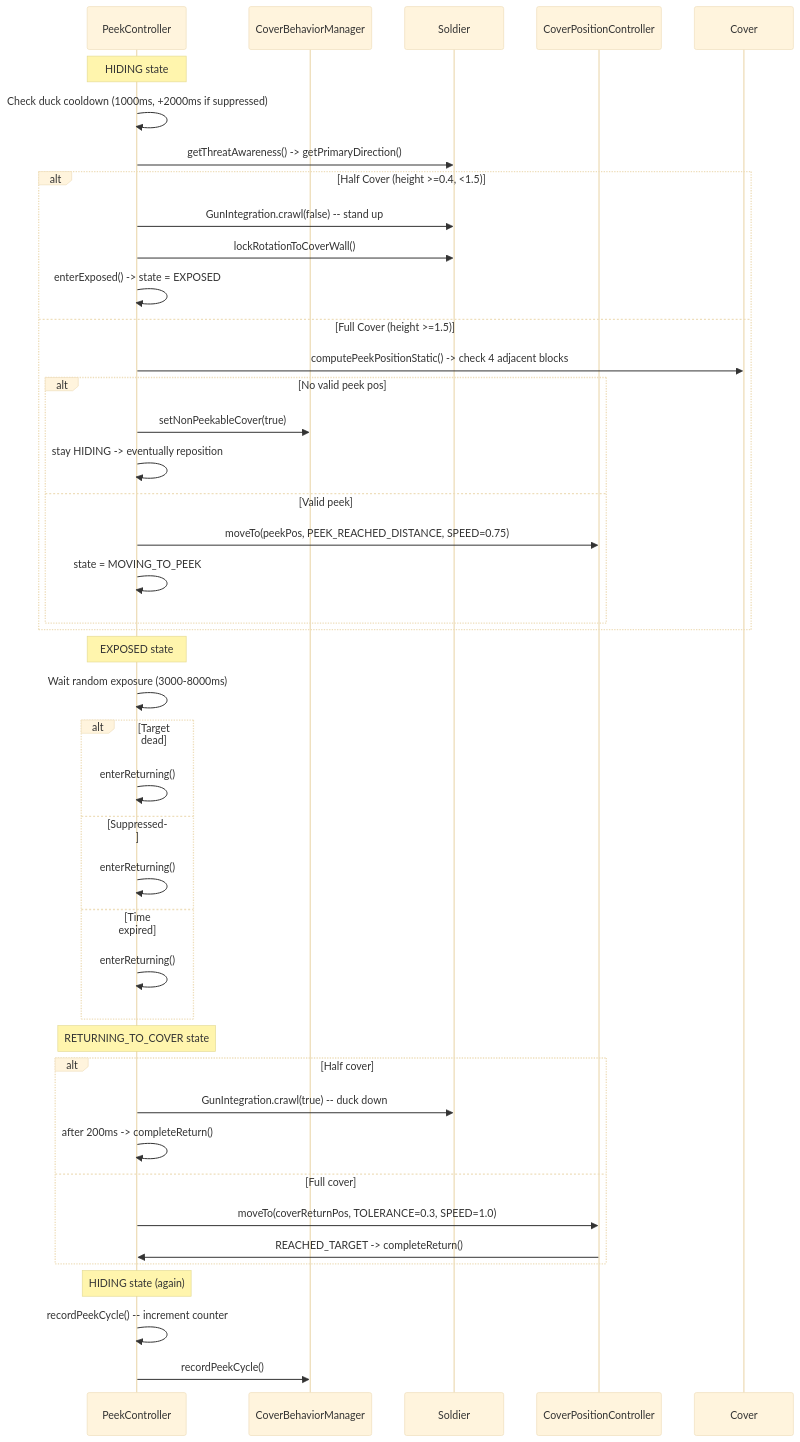
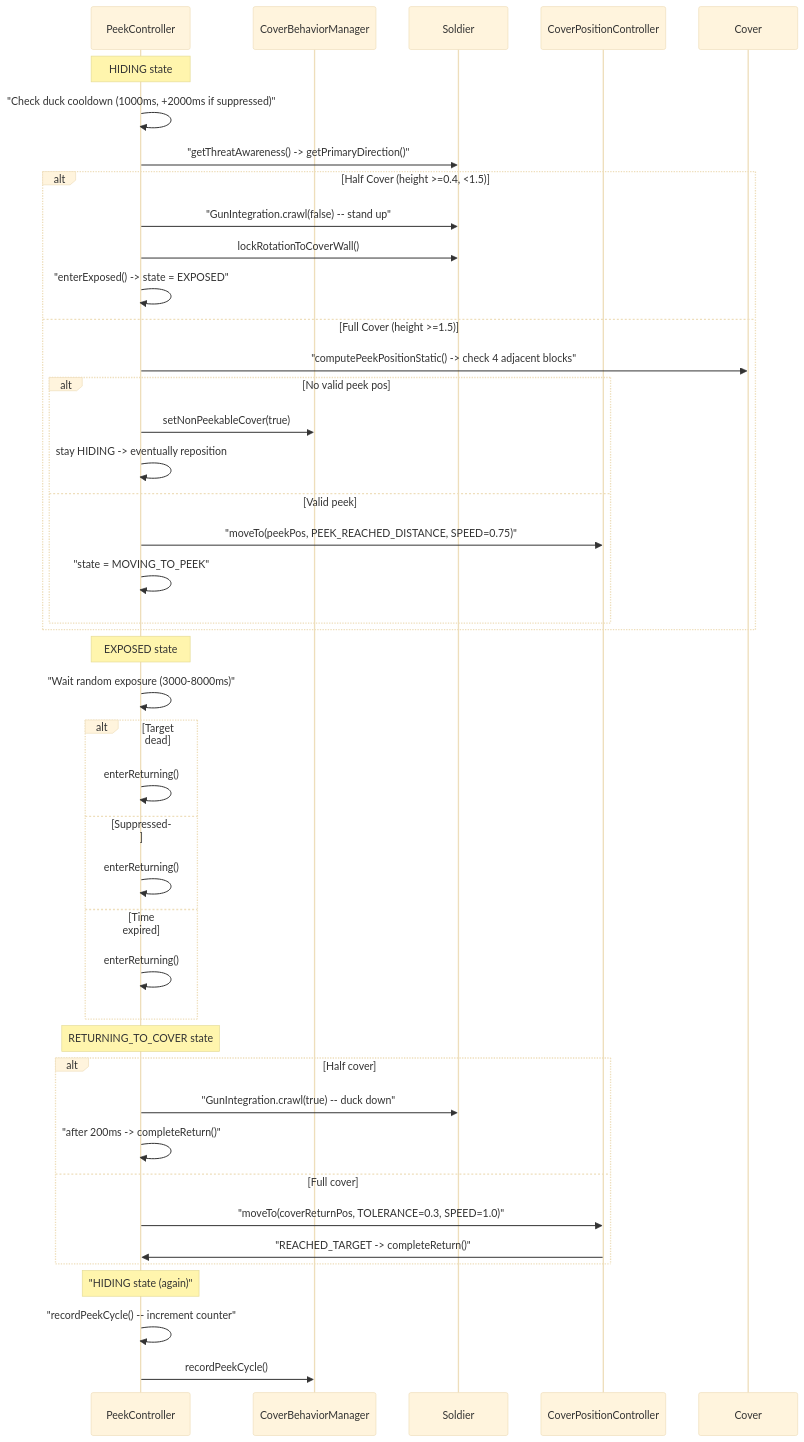
The ninth of 27 diagrams in ARCHITECTURE.md (MegiTicky/steves_army), drawn with Mermaid (base theme) before and after one commit. The commit also changed other lines of this file, not shown here.

Commit message:
Fix Mermaid v11 syntax: quote all node labels with special characters

````diff
--- a/ARCHITECTURE.md
+++ b/ARCHITECTURE.md
@@ -254,48 +254,48 @@
 ```mermaid
 sequenceDiagram
     Participant PC as PeekController
     Participant CBM as CoverBehaviorManager
     Participant Soldier
     Participant Ctr as CoverPositionController
 
     Note over PC: HIDING state
-    PC->>PC: Check duck cooldown (1000ms, +2000ms if suppressed)
-    PC->>Soldier: getThreatAwareness() -> getPrimaryDirection()
+    PC->>PC: "Check duck cooldown (1000ms, +2000ms if suppressed)"
+    PC->>Soldier: "getThreatAwareness() -> getPrimaryDirection()"
     alt Half Cover (height >=0.4, <1.5)
-        PC->>Soldier: GunIntegration.crawl(false) -- stand up
+        PC->>Soldier: "GunIntegration.crawl(false) -- stand up"
         PC->>Soldier: lockRotationToCoverWall()
-        PC->>PC: enterExposed() -> state = EXPOSED
+        PC->>PC: "enterExposed() -> state = EXPOSED"
     else Full Cover (height >=1.5)
-        PC->>Cover: computePeekPositionStatic() -> check 4 adjacent blocks
+        PC->>Cover: "computePeekPositionStatic() -> check 4 adjacent blocks"
         alt No valid peek pos
             PC->>CBM: setNonPeekableCover(true)
             PC->>PC: stay HIDING -> eventually reposition
         else Valid peek
-            PC->>Ctr: moveTo(peekPos, PEEK_REACHED_DISTANCE, SPEED=0.75)
-            PC->>PC: state = MOVING_TO_PEEK
+            PC->>Ctr: "moveTo(peekPos, PEEK_REACHED_DISTANCE, SPEED=0.75)"
+            PC->>PC: "state = MOVING_TO_PEEK"
         end
     end
 
     Note over PC: EXPOSED state
-    PC->>PC: Wait random exposure (3000-8000ms)
+    PC->>PC: "Wait random exposure (3000-8000ms)"
     alt Target dead
         PC->>PC: enterReturning()
     else Suppressed
         PC->>PC: enterReturning()
     else Time expired
         PC->>PC: enterReturning()
     end
 
     Note over PC: RETURNING_TO_COVER state
     alt Half cover
-        PC->>Soldier: GunIntegration.crawl(true) -- duck down
-        PC->>PC: after 200ms -> completeReturn()
+        PC->>Soldier: "GunIntegration.crawl(true) -- duck down"
+        PC->>PC: "after 200ms -> completeReturn()"
     else Full cover
-        PC->>Ctr: moveTo(coverReturnPos, TOLERANCE=0.3, SPEED=1.0)
-        Ctr->>PC: REACHED_TARGET -> completeReturn()
+        PC->>Ctr: "moveTo(coverReturnPos, TOLERANCE=0.3, SPEED=1.0)"
+        Ctr->>PC: "REACHED_TARGET -> completeReturn()"
     end
 
-    Note over PC: HIDING state (again)
-    PC->>PC: recordPeekCycle() -- increment counter
+    Note over PC: "HIDING state (again)"
+    PC->>PC: "recordPeekCycle() -- increment counter"
     PC->>CBM: recordPeekCycle()
 ```
````
